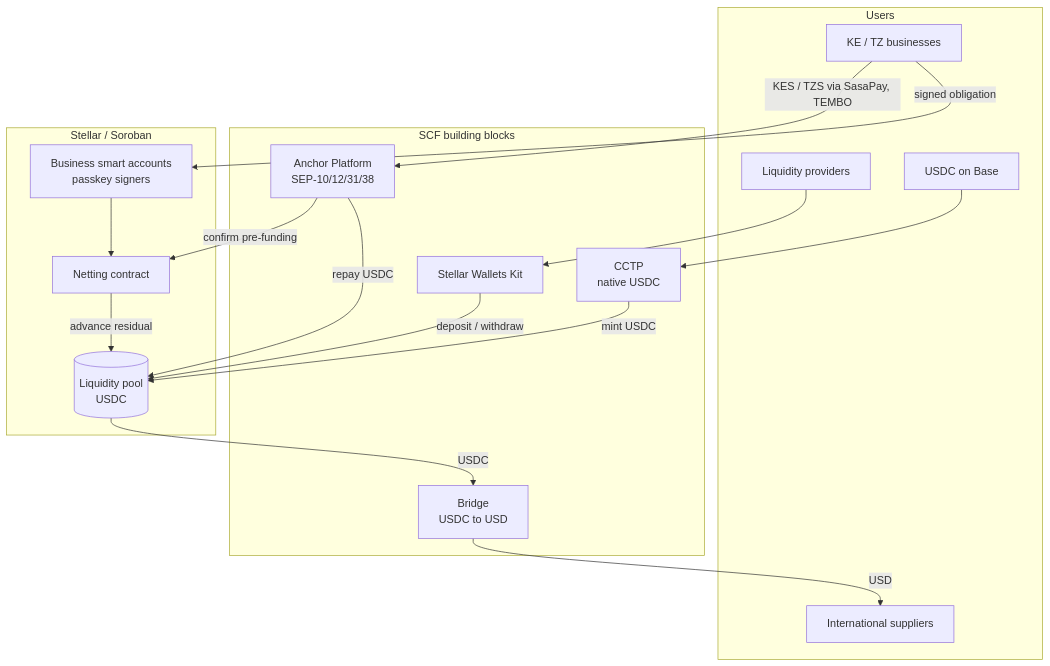
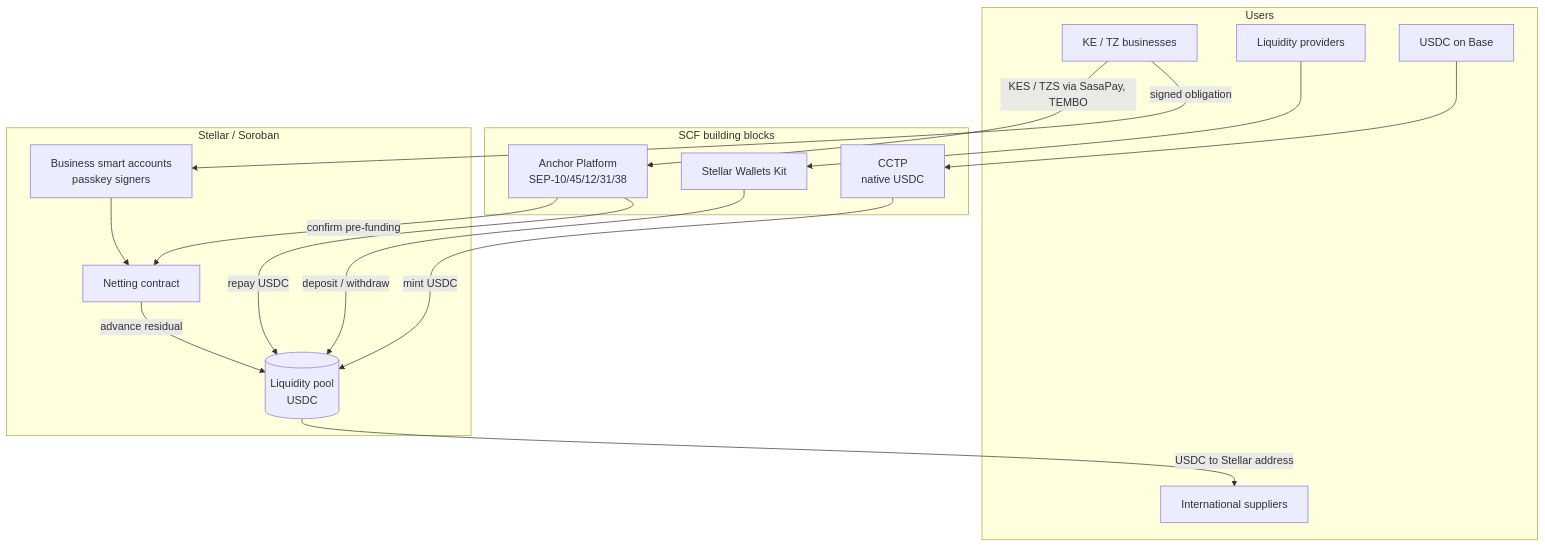
The first of 3 diagrams in Architecture.md (Rift-FI/Documents), drawn with Mermaid before and after one commit. The commit also changed other lines of this file, not shown here.

````diff
--- a/Architecture.md
+++ b/Architecture.md
@@ -12,31 +12,30 @@
 ```mermaid
 flowchart TB
   subgraph EXT["Users"]
     KEB[KE / TZ businesses]
     INTL[International suppliers]
     LP[Liquidity providers]
     BASE["USDC on Base"]
   end
 
   subgraph BB["SCF building blocks"]
-    AP["Anchor Platform<br>SEP-10/12/31/38"]
-    BRIDGE["Bridge<br>USDC to USD"]
+    AP["Anchor Platform<br>SEP-10/45/12/31/38"]
     CCTP["CCTP<br>native USDC"]
     SWK["Stellar Wallets Kit"]
   end
 
   subgraph STELLAR["Stellar / Soroban"]
     SA["Business smart accounts<br>passkey signers"]
     NET[Netting contract]
     POOL[("Liquidity pool<br>USDC")]
   end
 
   KEB -- KES / TZS via SasaPay, TEMBO --> AP
   AP -- confirm pre-funding --> NET
   KEB -- signed obligation --> SA --> NET
   NET -- advance residual --> POOL
-  POOL -- USDC --> BRIDGE -- USD --> INTL
+  POOL -- USDC to Stellar address --> INTL
   BASE --> CCTP -- mint USDC --> POOL
   LP --> SWK -- deposit / withdraw --> POOL
   AP -- repay USDC --> POOL
 ```
````
